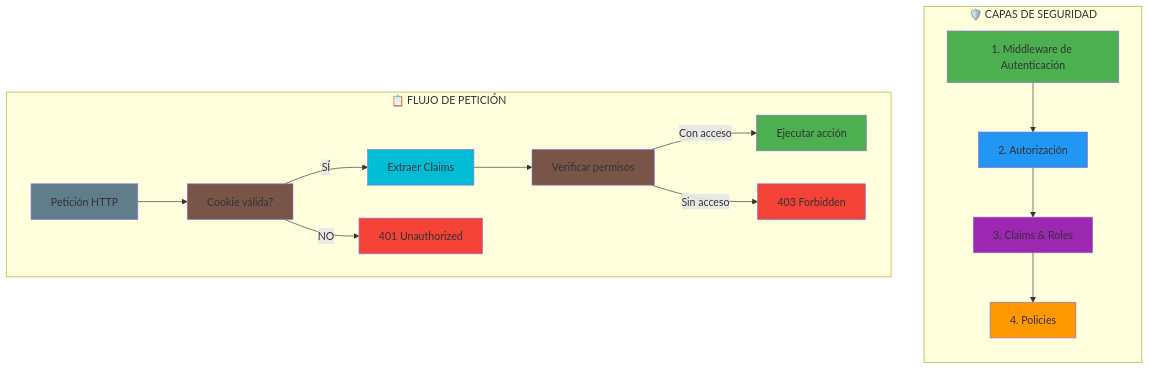
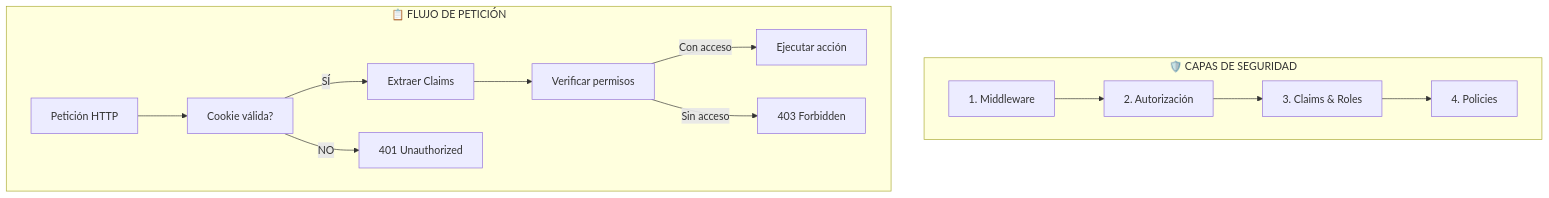
Before and after one commit to joseluisgs/TiendaDawWeb-NetCore: the second of 3 diagrams in doc/04-Authentication-Authorization.md, drawn with Mermaid. The commit also changed other lines of this file and 13 other files, not shown here.

````diff
--- a/doc/04-Authentication-Authorization.md
+++ b/doc/04-Authentication-Authorization.md
@@ -68,31 +76,17 @@
 ```mermaid
 flowchart TB
     subgraph "🛡️ CAPAS DE SEGURIDAD"
-        direction TB
-        
-        A[1. Middleware de Autenticación] --> B[2. Autorización]
+        A[1. Middleware] --> B[2. Autorización]
         B --> C[3. Claims & Roles]
         C --> D[4. Policies]
     end
     
     subgraph "📋 FLUJO DE PETICIÓN"
         E[Petición HTTP] --> F[Cookie válida?]
         F -->|SÍ| G[Extraer Claims]
         F -->|NO| H[401 Unauthorized]
         G --> I[Verificar permisos]
         I -->|Con acceso| J[Ejecutar acción]
         I -->|Sin acceso| K[403 Forbidden]
     end
-    
-    style A fill:#4CAF50
-    style B fill:#2196F3
-    style C fill:#9C27B0
-    style D fill:#FF9800
-    style E fill:#607D8B
-    style F fill:#795548
-    style G fill:#00BCD4
-    style H fill:#F44336
-    style I fill:#795548
-    style J fill:#4CAF50
-    style K fill:#F44336
 ```
````
